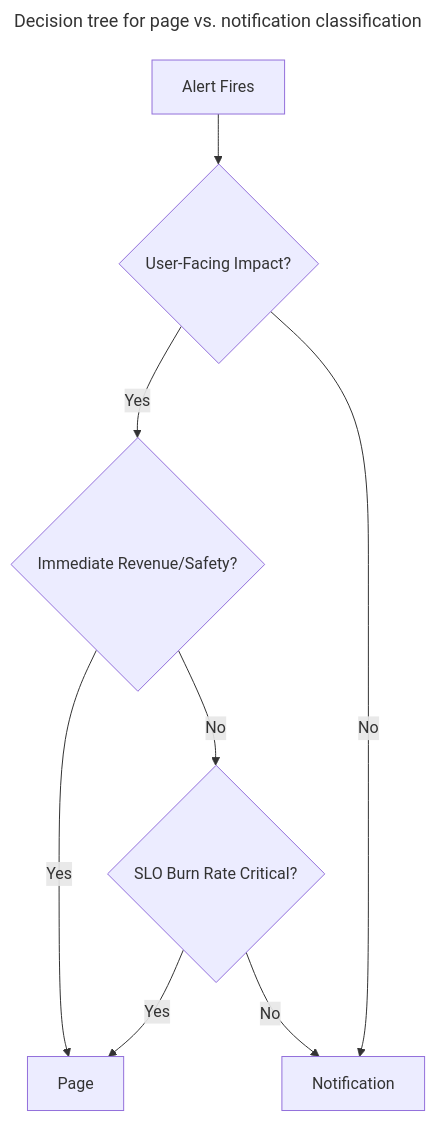
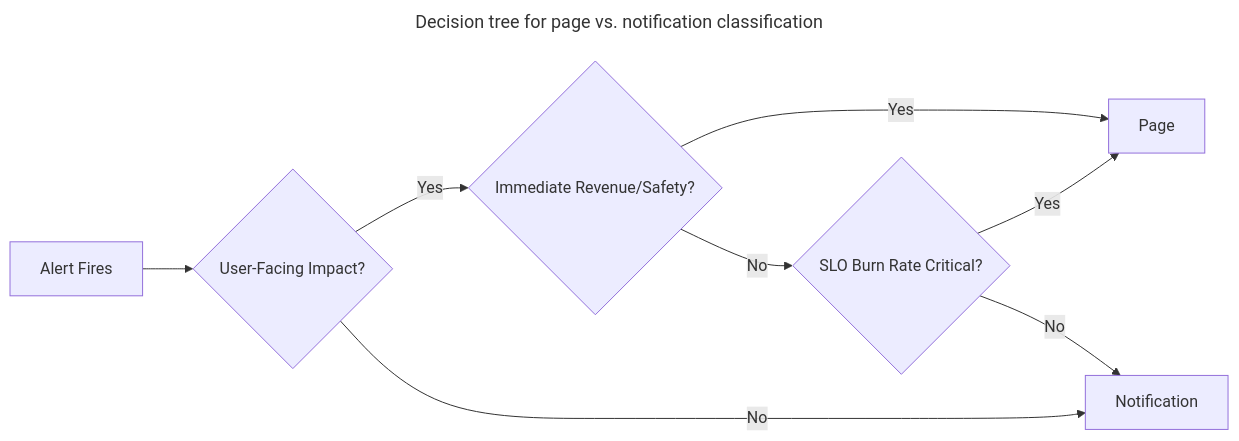
The first of 2 diagrams in src/content/articles/alert-fatigue-reduction-triage-actionable-alerts/pdf.mdx (webstackdev/astro.webstackbuilders.com), drawn with Mermaid before and after one commit. The commit also changed 24 other files, not shown here.

Commit message:
Add Diagram component

````diff
--- a/src/content/articles/alert-fatigue-reduction-triage-actionable-alerts/pdf.mdx
+++ b/src/content/articles/alert-fatigue-reduction-triage-actionable-alerts/pdf.mdx
@@ -215,16 +215,16 @@
 ```mermaid
 ---
 title: Decision tree for page vs. notification classification
 ---
-graph TD
+graph LR
     accTitle: Alert severity decision tree
     accDescr: Flowchart showing how to classify an alert as a Page or Notification. When an alert fires, check if there is user-facing impact. If no, it is a Notification. If yes, check if there is immediate revenue or safety impact. If yes, it is a Page. If no, check if the SLO burn rate is critical. If yes, it is a Page. If no, it is a Notification.
 
     A[Alert Fires] --> B{User-Facing Impact?}
     B -->|Yes| C{Immediate Revenue/Safety?}
     B -->|No| D[Notification]
     C -->|Yes| E[Page]
     C -->|No| F{SLO Burn Rate Critical?}
     F -->|Yes| E
     F -->|No| D
 ```
````
